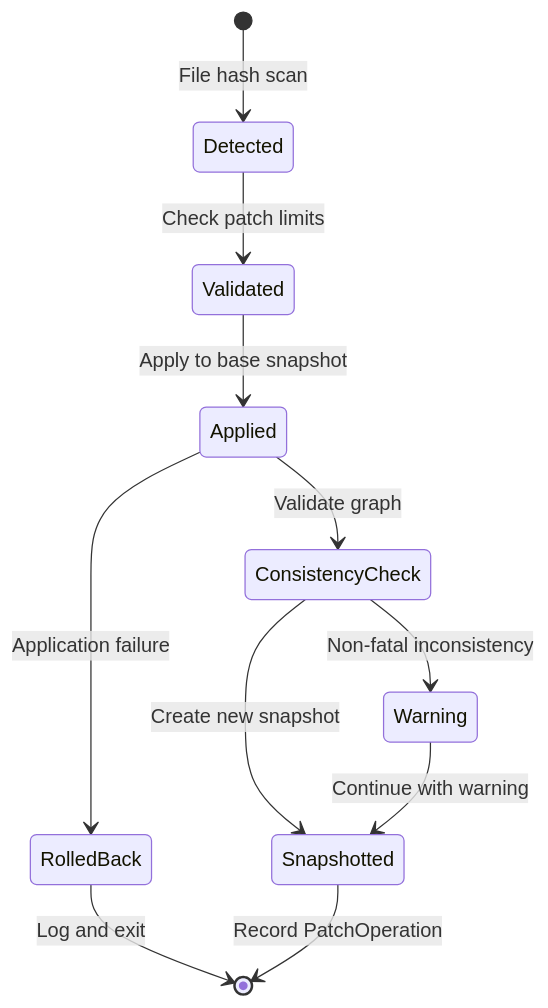
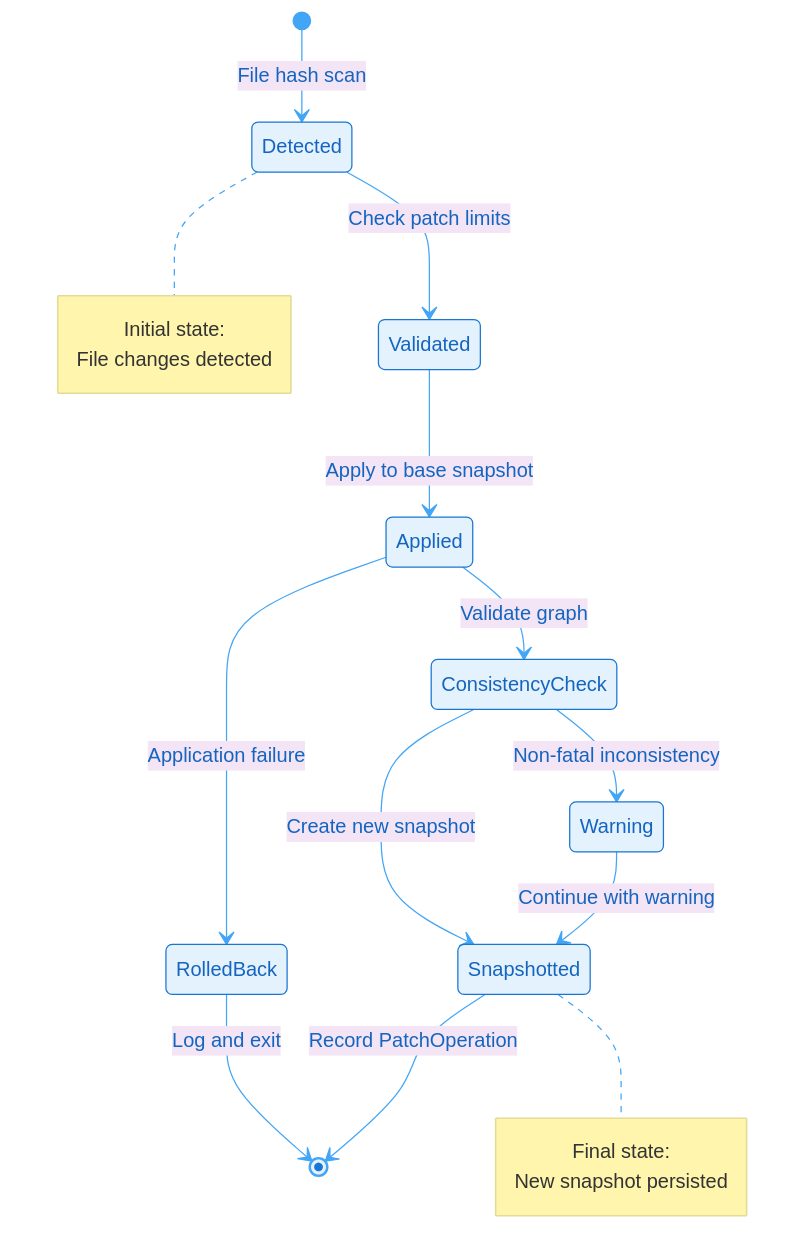
The diagram in docs-site/docs/whitepaper/time-machine.md (sageoz/Batho), drawn with Mermaid before and after one commit. The commit also changed other lines of this file and 31 other files, not shown here.

````diff
--- a/docs-site/docs/whitepaper/time-machine.md
+++ b/docs-site/docs/whitepaper/time-machine.md
@@ -33,13 +33,24 @@
 ```mermaid
+%%{init: {'theme': 'base', 'themeVariables': { 'primaryColor': '#e3f2fd', 'primaryTextColor': '#1565c0', 'primaryBorderColor': '#1976d2', 'lineColor': '#42a5f5', 'secondaryColor': '#f3e5f5', 'tertiaryColor': '#e8f5e9'}}}%%
 stateDiagram-v2
     [*] --> Detected: File hash scan
     Detected --> Validated: Check patch limits
     Validated --> Applied: Apply to base snapshot
     Applied --> ConsistencyCheck: Validate graph
     ConsistencyCheck --> Snapshotted: Create new snapshot
     ConsistencyCheck --> Warning: Non-fatal inconsistency
     Warning --> Snapshotted: Continue with warning
     Applied --> RolledBack: Application failure
     RolledBack --> [*]: Log and exit
     Snapshotted --> [*]: Record PatchOperation
+
+    note right of Detected
+        Initial state:
+        File changes detected
+    end note
+
+    note right of Snapshotted
+        Final state:
+        New snapshot persisted
+    end note
 ```
````
